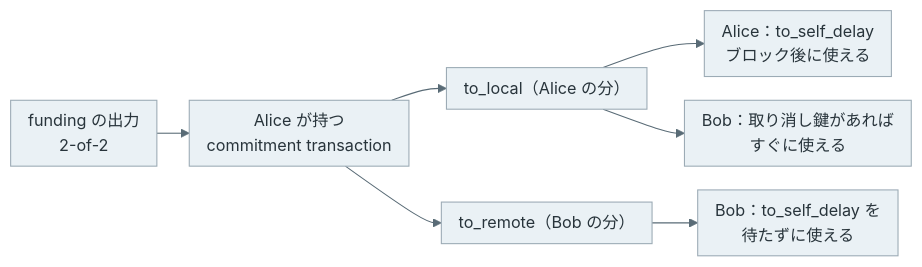
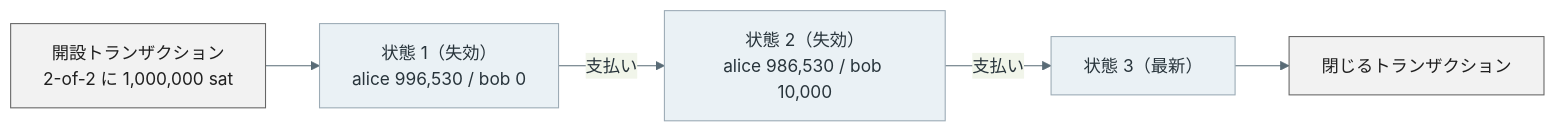
The first of 2 diagrams in content/notes/blockchain-systems/lightning-network/index.md (nao1215/debimate), drawn with Mermaid before and after one commit. The commit also changed other lines of this file and 20 other files, not shown here.

````diff
--- a/content/notes/blockchain-systems/lightning-network/index.md
+++ b/content/notes/blockchain-systems/lightning-network/index.md
@@ -95,10 +49,11 @@
 ```mermaid
-%%{init: {"theme":"base","flowchart":{"nodeSpacing":22,"rankSpacing":30,"padding":8},"themeVariables":{"primaryColor":"#eaf1f5","primaryTextColor":"#28343b","primaryBorderColor":"#9cabb5","lineColor":"#596b76","fontSize":"15px"}}}%%
+%%{init: {"theme":"base","themeVariables":{"primaryColor":"#eaf1f5","primaryTextColor":"#28343b","primaryBorderColor":"#9cabb5","lineColor":"#596b76","textColor":"#28343b","noteBkgColor":"#f7f1e5","noteBorderColor":"#c5b99b","noteTextColor":"#403c32"}}}%%
 flowchart LR
-    F["funding の出力<br/>2-of-2"] --> C["Alice が持つ<br/>commitment transaction"]
-    C --> L["to_local（Alice の分）"]
-    C --> R["to_remote（Bob の分）"]
-    L --> L1["Alice：to_self_delay<br/>ブロック後に使える"]
-    L --> L2["Bob：取り消し鍵があれば<br/>すぐに使える"]
-    R --> R1["Bob：to_self_delay を<br/>待たずに使える"]
+    F["開設トランザクション<br/>2-of-2 に 1,000,000 sat"]:::chain --> S1["状態 1（失効）<br/>alice 996,530 / bob 0"]
+    S1 -->|支払い| S2["状態 2（失効）<br/>alice 986,530 / bob 10,000"]
+    S2 -->|支払い| S3["状態 3（最新）"]
+    S3 --> C["閉じるトランザクション"]:::chain
+    classDef default fill:#eaf1f5,stroke:#9cabb5,color:#28343b;
+    classDef chain fill:#f2f2f2,stroke:#666666,color:#1f1f1f;
+    classDef note fill:#f7f1e5,stroke:#c5b99b,color:#403c32;
 ```
````
